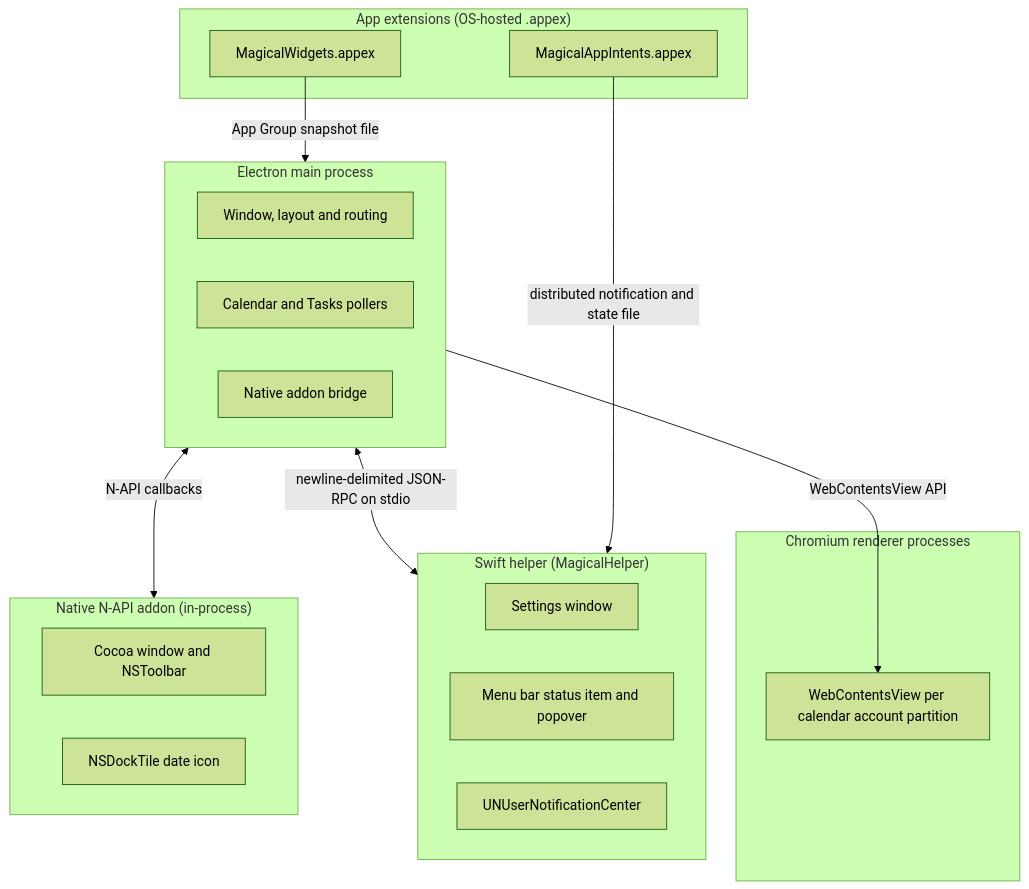
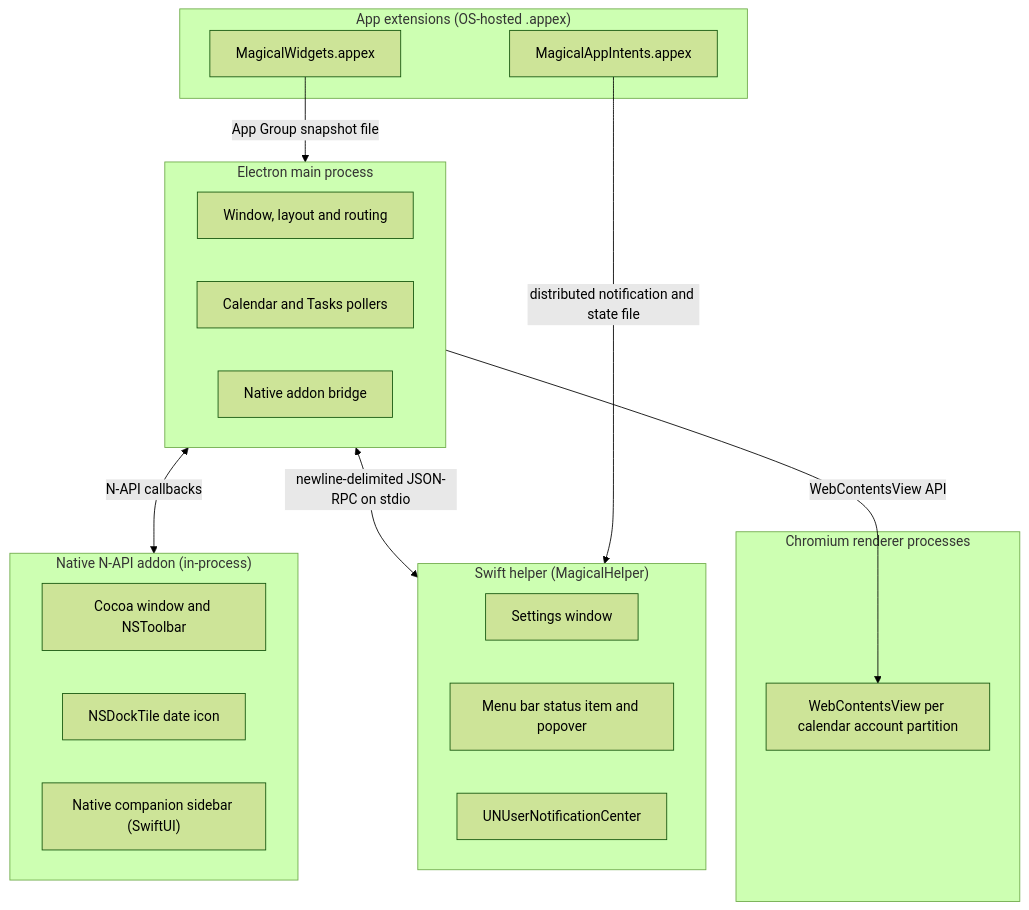
One commit to alxhslm/magic-apps changed the diagram in docs/magical/overview.md. Above: the diagram before and after it, drawn with Mermaid (forest theme). The commit also changed other lines of this file and 82 other files, not shown here.

````diff
--- a/docs/magical/overview.md
+++ b/docs/magical/overview.md
@@ -20,34 +20,35 @@
 ```mermaid
 flowchart TD
     subgraph Main["Electron main process"]
         Orchestration["Window, layout and routing"]
         Pollers["Calendar and Tasks pollers"]
         AddonBridge["Native addon bridge"]
     end
 
     subgraph Renderers["Chromium renderer processes"]
         Views["WebContentsView per calendar account partition"]
     end
 
     subgraph Helper["Swift helper (MagicalHelper)"]
         SettingsWin["Settings window"]
         StatusItem["Menu bar status item and popover"]
         Notify["UNUserNotificationCenter"]
     end
 
     subgraph Addon["Native N-API addon (in-process)"]
         Cocoa["Cocoa window and NSToolbar"]
         DockTile["NSDockTile date icon"]
+        Sidebar["Native companion sidebar (SwiftUI)"]
     end
 
     subgraph Ext["App extensions (OS-hosted .appex)"]
         Widgets["MagicalWidgets.appex"]
         Intents["MagicalAppIntents.appex"]
     end
 
     Main -->|"WebContentsView API"| Views
     Main <-->|"newline-delimited JSON-RPC on stdio"| Helper
     Main <-->|"N-API callbacks"| Addon
     Widgets -->|"App Group snapshot file"| Main
     Intents -->|"distributed notification and state file"| Helper
 ```
````
